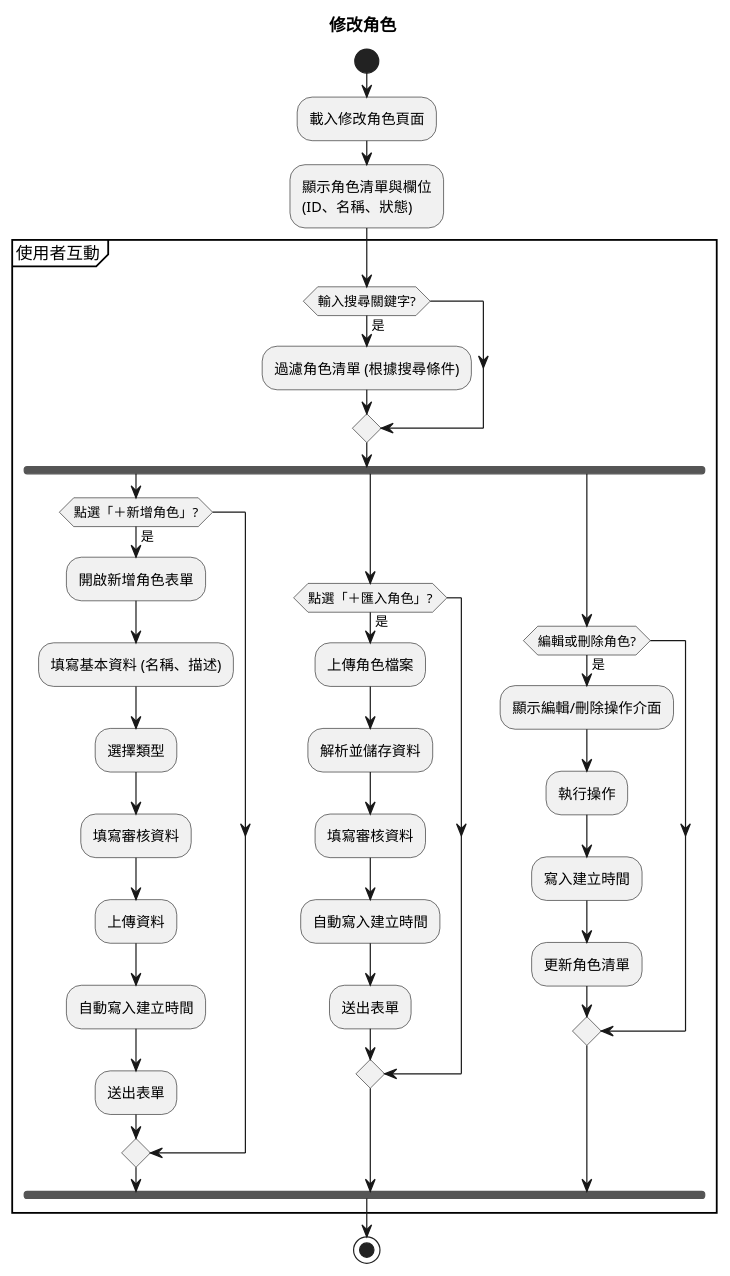
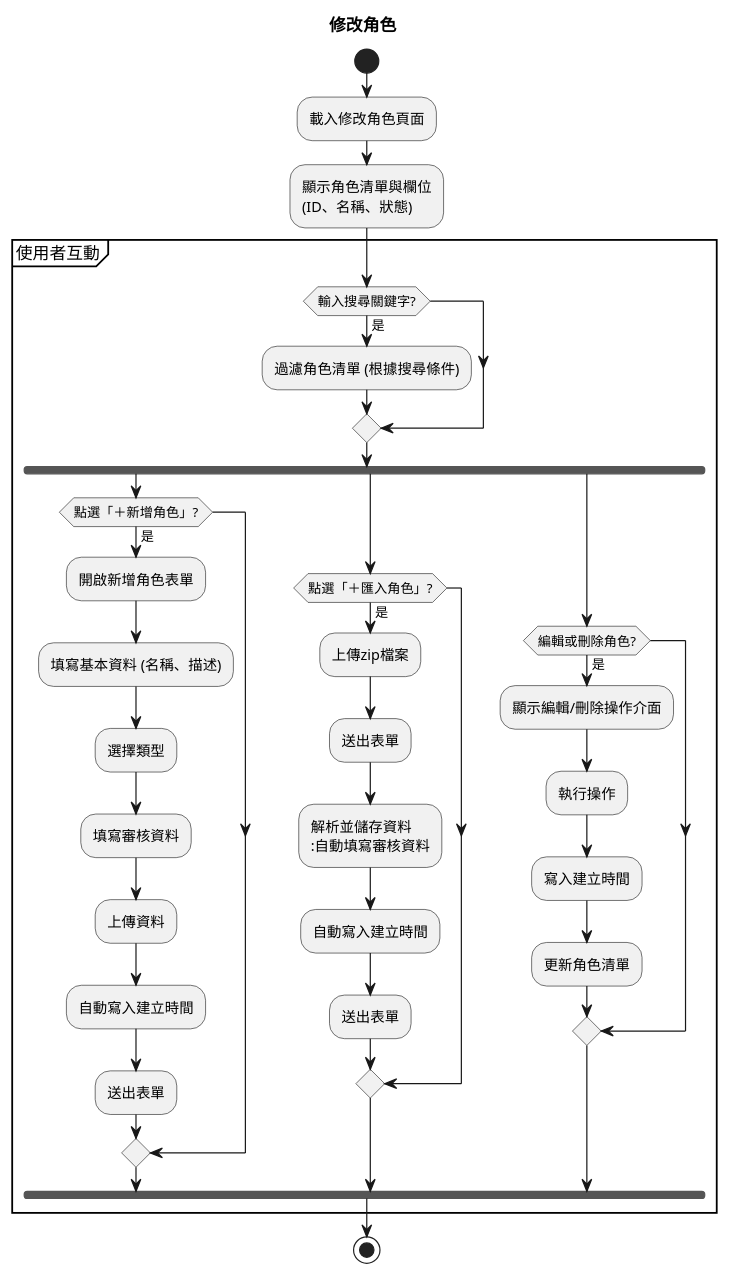
The diagram in plantUML/activity/role_edit.puml (walle45611/NTUB_SecuManag_Diagram), drawn with PlantUML before and after one commit. The commit also changed 6 other files, not shown here.

```diff
--- a/plantUML/activity/role_edit.puml
+++ b/plantUML/activity/role_edit.puml
@@ -1,45 +1,46 @@
  @startuml 
 title 修改角色
 start
 
 :載入修改角色頁面;
 
 :顯示角色清單與欄位
 (ID、名稱、狀態);
 
 partition "使用者互動" {
 
     if (輸入搜尋關鍵字?) then (是)
         :過濾角色清單 (根據搜尋條件);
     endif
     fork
         if (點選「＋新增角色」?) then (是)
             :開啟新增角色表單;
             :填寫基本資料 (名稱、描述);
             :選擇類型;
             :填寫審核資料;
             :上傳資料;
             :自動寫入建立時間;
             :送出表單;
         endif
     fork again
         if (點選「＋匯入角色」?) then (是)
-            :上傳角色檔案;
-            :解析並儲存資料;
-            :填寫審核資料;
+            :上傳zip檔案;
+            :送出表單;
+            :解析並儲存資料
+            :自動填寫審核資料;
             :自動寫入建立時間;
             :送出表單;
         endif
     fork again
         if (編輯或刪除角色?) then (是)
             :顯示編輯/刪除操作介面;
             :執行操作;
             :寫入建立時間;
             :更新角色清單;
         endif
     end fork
 }
 
 stop
 
 @enduml
```
